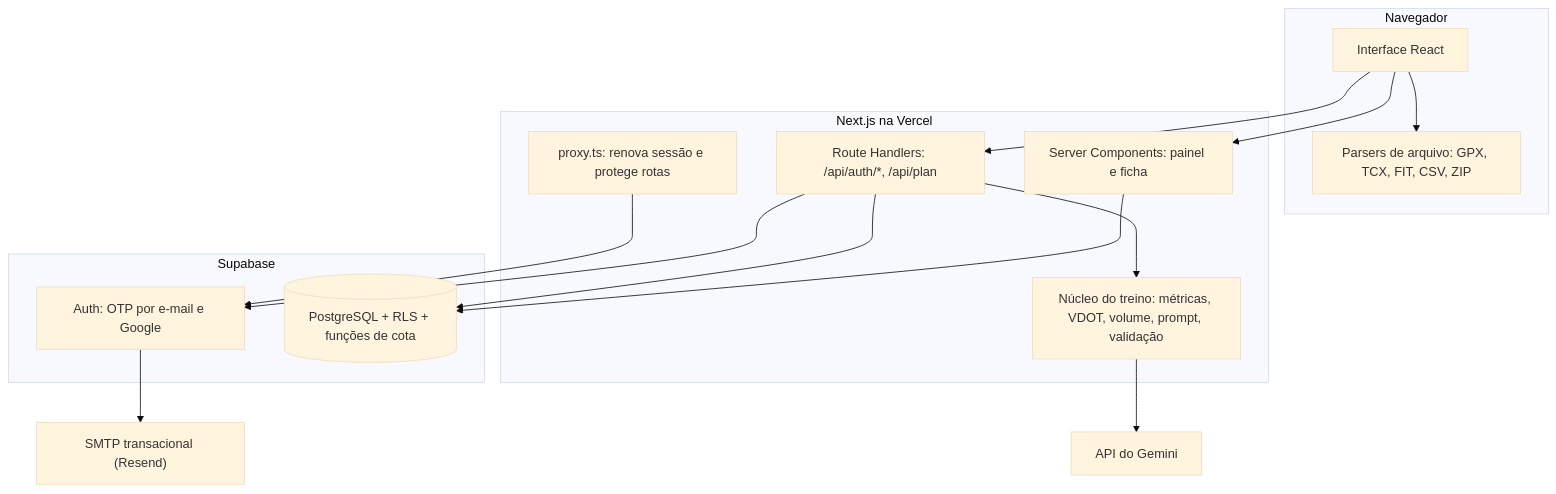
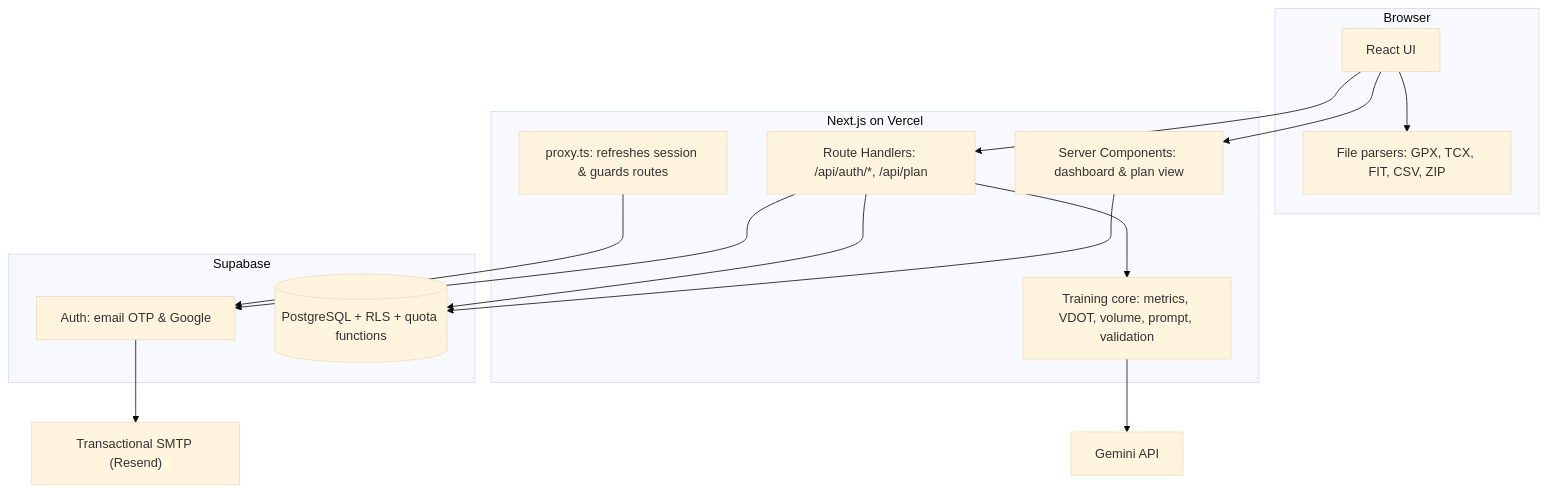
One commit to upedrooo/Evolux-Run-Coach changed the first of 3 diagrams in docs/architecture.md. Above: the diagram before and after it, drawn with Mermaid (base theme). The commit also changed other lines of this file and 34 other files, not shown here.

````diff
--- a/docs/architecture.md
+++ b/docs/architecture.md
@@ -7,29 +7,29 @@
 ```mermaid
 flowchart TB
-  subgraph Cliente["Navegador"]
-    UI["Interface React"]
-    PARSE["Parsers de arquivo: GPX, TCX, FIT, CSV, ZIP"]
+  subgraph Client["Browser"]
+    UI["React UI"]
+    PARSE["File parsers: GPX, TCX, FIT, CSV, ZIP"]
   end
-  subgraph Vercel["Next.js na Vercel"]
-    PROXY["proxy.ts: renova sessão e protege rotas"]
-    PAGES["Server Components: painel e ficha"]
+  subgraph Vercel["Next.js on Vercel"]
+    PROXY["proxy.ts: refreshes session & guards routes"]
+    PAGES["Server Components: dashboard & plan view"]
     API["Route Handlers: /api/auth/*, /api/plan"]
-    CORE["Núcleo do treino: métricas, VDOT, volume, prompt, validação"]
+    CORE["Training core: metrics, VDOT, volume, prompt, validation"]
   end
-  subgraph Dados["Supabase"]
-    AUTH["Auth: OTP por e-mail e Google"]
-    PG[("PostgreSQL + RLS + funções de cota")]
+  subgraph Data["Supabase"]
+    AUTH["Auth: email OTP & Google"]
+    PG[("PostgreSQL + RLS + quota functions")]
   end
-  MAIL["SMTP transacional (Resend)"]
-  LLM["API do Gemini"]
+  MAIL["Transactional SMTP (Resend)"]
+  LLM["Gemini API"]
 
   UI --> PARSE
   UI --> API
   UI --> PAGES
   PROXY --> AUTH
   API --> AUTH
   API --> CORE --> LLM
   API --> PG
   PAGES --> PG
   AUTH --> MAIL
 ```
````
